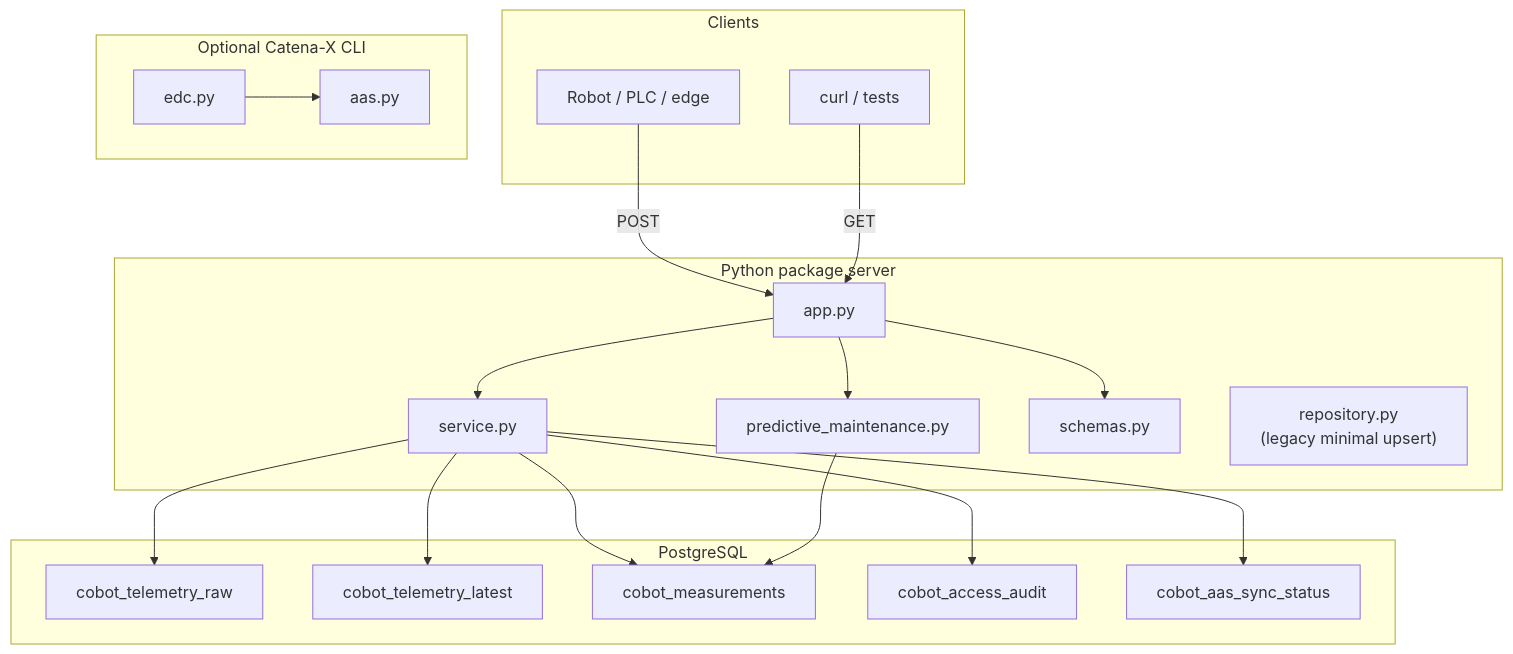
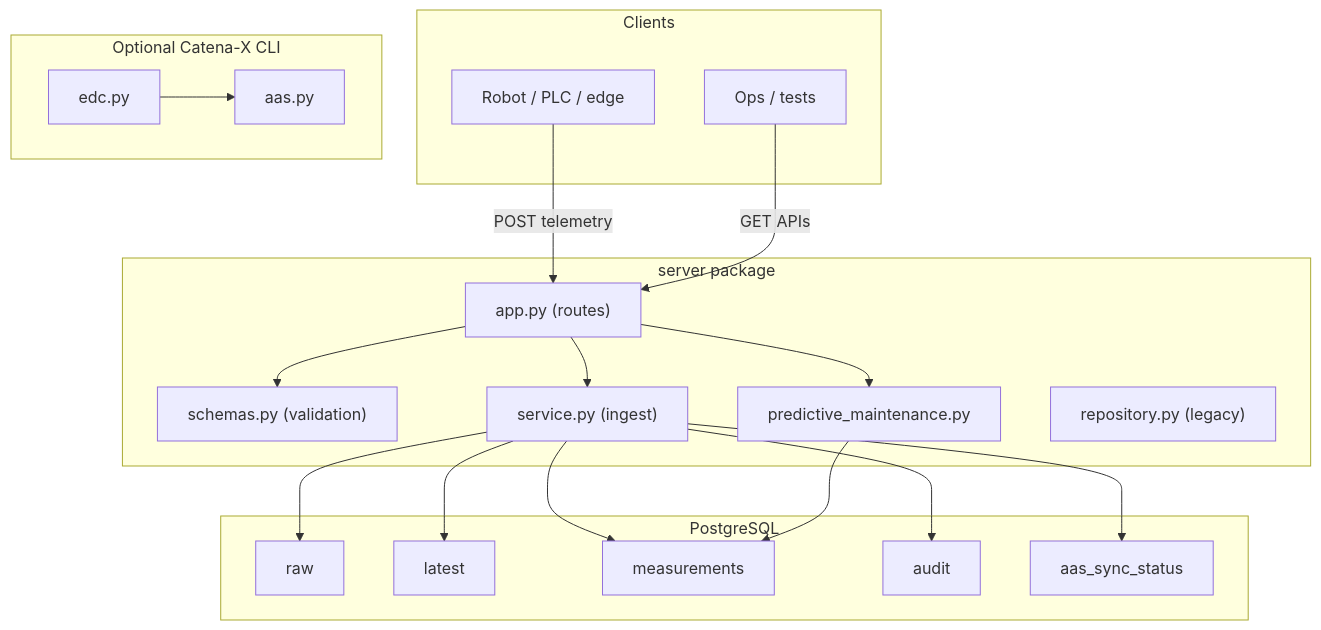
The third of 3 diagrams in readme.md (sumin-ma-1/catena-x-sw-sample), drawn with Mermaid before and after one commit. The commit also changed other lines of this file and 3 other files, not shown here.

Commit message:
Refine documentation and architecture diagrams in README and related files

````diff
--- a/readme.md
+++ b/readme.md
@@ -108,41 +109,41 @@
 ```mermaid
 flowchart TB
   subgraph clients["Clients"]
     Edge["Robot / PLC / edge"]
-    Ops["curl / tests"]
+    Ops["Ops / tests"]
   end
 
-  subgraph py["Python package server"]
-    App["app.py"]
-    Svc["service.py"]
+  subgraph py["server package"]
+    App["app.py (routes)"]
+    Sch["schemas.py (validation)"]
+    Svc["service.py (ingest)"]
     PM["predictive_maintenance.py"]
-    Sch["schemas.py"]
-    Repo["repository.py\n(legacy minimal upsert)"]
+    Repo["repository.py (legacy)"]
   end
 
   subgraph pg["PostgreSQL"]
-    Raw["cobot_telemetry_raw"]
-    Latest["cobot_telemetry_latest"]
-    Meas["cobot_measurements"]
-    Audit["cobot_access_audit"]
-    SyncQ["cobot_aas_sync_status"]
+    Raw["raw"]
+    Latest["latest"]
+    Meas["measurements"]
+    Audit["audit"]
+    SyncQ["aas_sync_status"]
   end
 
   subgraph opt["Optional Catena-X CLI"]
     EDCCli["edc.py"]
     AASMod["aas.py"]
   end
 
-  Edge -->|POST| App
-  Ops -->|GET| App
+  Edge -->|POST telemetry| App
+  Ops -->|GET APIs| App
   App --> Sch
   App --> Svc
   App --> PM
   Svc --> Raw
   Svc --> Latest
   Svc --> Meas
   Svc --> Audit
   Svc --> SyncQ
   PM --> Meas
   EDCCli --> AASMod
 ```
````
